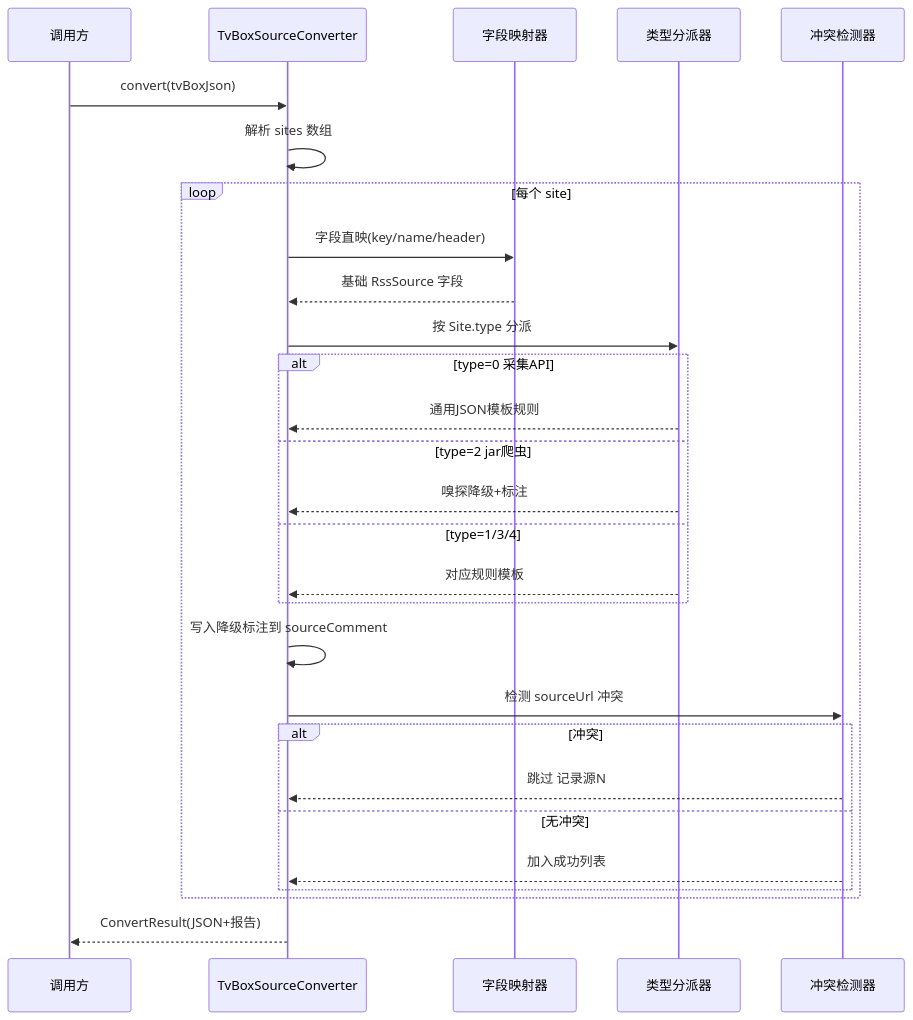
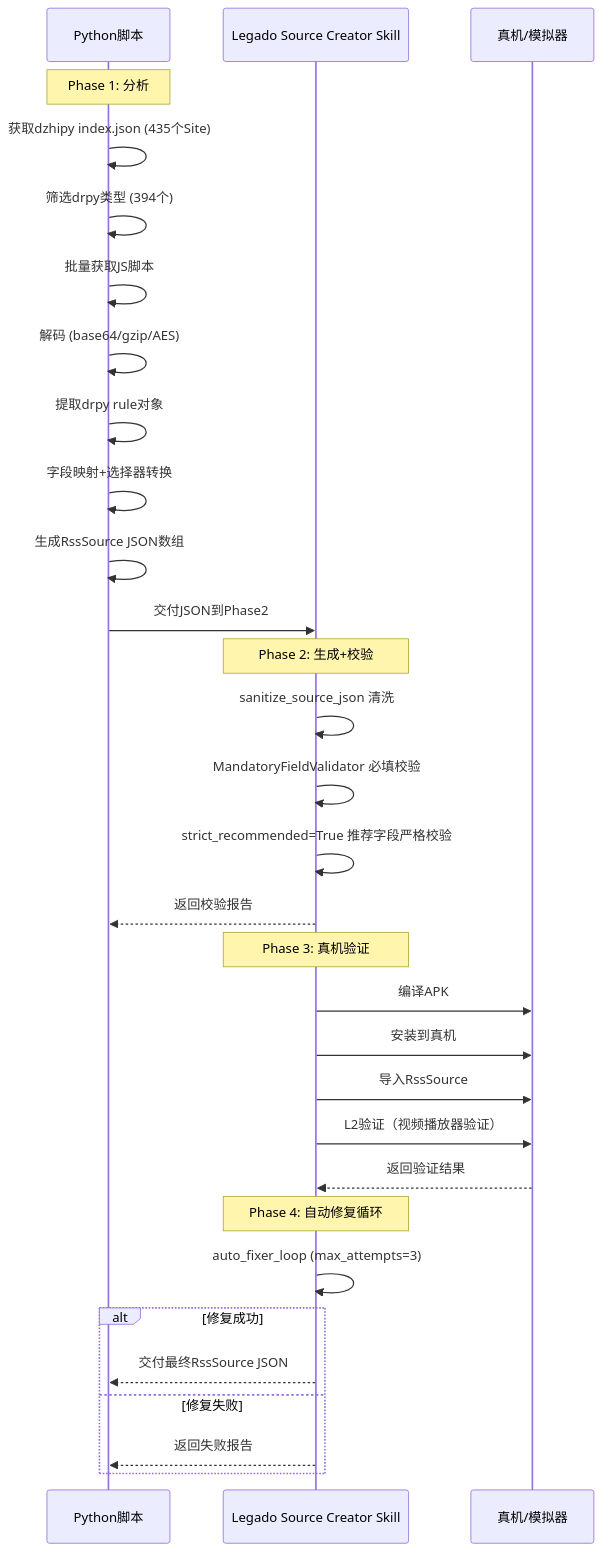
One commit to legado-backup/legado-m changed the second of 5 diagrams in docs/specs/tvbox-source-converter/design.md. Above: the diagram before and after it, drawn with Mermaid. The commit also changed other lines of this file and 55 other files, not shown here.

````diff
--- a/docs/specs/tvbox-source-converter/design.md
+++ b/docs/specs/tvbox-source-converter/design.md
@@ -186,31 +627,37 @@
 ```mermaid
 sequenceDiagram
-    participant Caller as 调用方
-    participant Conv as TvBoxSourceConverter
-    participant Mapper as 字段映射器
-    participant Dispatcher as 类型分派器
-    participant Validator as 冲突检测器
+    participant Py as Python脚本
+    participant Skill as Legado Source Creator Skill
+    participant Device as 真机/模拟器
 
-    Caller->>Conv: convert(tvBoxJson)
-    Conv->>Conv: 解析 sites 数组
-    loop 每个 site
-        Conv->>Mapper: 字段直映(key/name/header)
-        Mapper-->>Conv: 基础 RssSource 字段
-        Conv->>Dispatcher: 按 Site.type 分派
-        alt type=0 采集API
-            Dispatcher-->>Conv: 通用JSON模板规则
-        else type=2 jar爬虫
-            Dispatcher-->>Conv: 嗅探降级+标注
-        else type=1/3/4
-            Dispatcher-->>Conv: 对应规则模板
-        end
-        Conv->>Conv: 写入降级标注到 sourceComment
-        Conv->>Validator: 检测 sourceUrl 冲突
-        alt 冲突
-            Validator-->>Conv: 跳过 记录源N
-        else 无冲突
-            Validator-->>Conv: 加入成功列表
-        end
+    Note over Py: Phase 1: 分析
+    Py->>Py: 获取dzhipy index.json (435个Site)
+    Py->>Py: 筛选drpy类型 (394个)
+    Py->>Py: 批量获取JS脚本
+    Py->>Py: 解码 (base64/gzip/AES)
+    Py->>Py: 提取drpy rule对象
+    Py->>Py: 字段映射+选择器转换
+    Py->>Py: 生成RssSource JSON数组
+    Py->>Skill: 交付JSON到Phase2
+
+    Note over Skill: Phase 2: 生成+校验
+    Skill->>Skill: sanitize_source_json 清洗
+    Skill->>Skill: MandatoryFieldValidator 必填校验
+    Skill->>Skill: strict_recommended=True 推荐字段严格校验
+    Skill-->>Py: 返回校验报告
+
+    Note over Skill: Phase 3: 真机验证
+    Skill->>Device: 编译APK
+    Skill->>Device: 安装到真机
+    Skill->>Device: 导入RssSource
+    Skill->>Device: L2验证（视频播放器验证）
+    Device-->>Skill: 返回验证结果
+
+    Note over Skill: Phase 4: 自动修复循环
+    Skill->>Skill: auto_fixer_loop (max_attempts=3)
+    alt 修复成功
+        Skill-->>Py: 交付最终RssSource JSON
+    else 修复失败
+        Skill-->>Py: 返回失败报告
     end
-    Conv-->>Caller: ConvertResult(JSON+报告)
 ```
````
